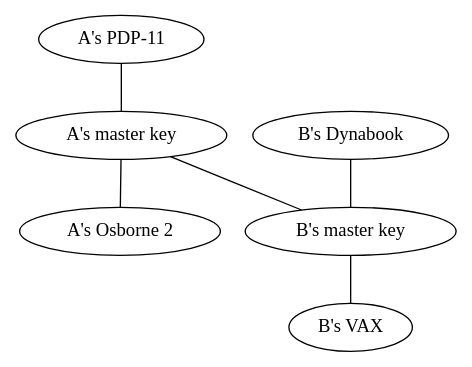
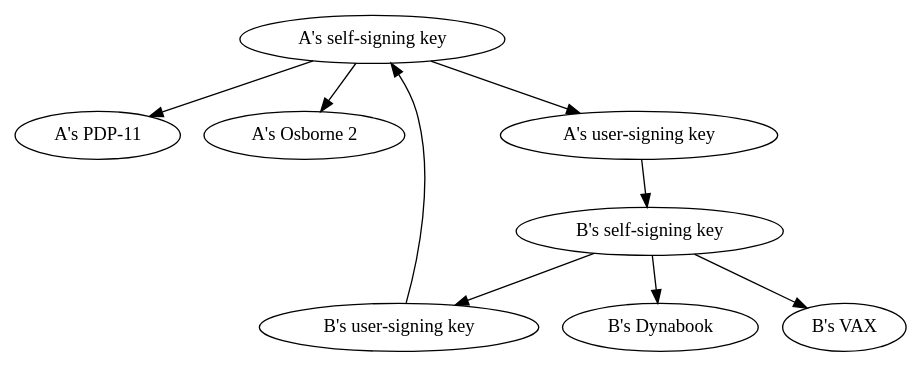
One commit to matrix-org/matrix-spec-proposals changed the diagram in proposals/images/1756-graph2.dot. Above: the diagram before and after it, drawn with Graphviz. The commit also changed 2 other files, not shown here.

Commit message:
update with user-signing and self-signing keys

```diff
--- a/proposals/images/1756-graph2.dot
+++ b/proposals/images/1756-graph2.dot
@@ -1,13 +1,18 @@
-graph {
+digraph {
 A1 [label="A's PDP-11"]
-AM [label="A's master key"]
 A2 [label="A's Osborne 2"]
+AS [label="A's self-signing key"]
+AU [label="A's user-signing key"]
+BU [label="B's user-signing key"]
+BS [label="B's self-signing key"]
 B1 [label="B's Dynabook"]
-BM [label="B's master key"]
 B2 [label="B's VAX"]
-A1 -- AM
-AM -- A2
-AM -- BM
-B1 -- BM
-BM -- B2
+AS -> A1
+AS -> A2
+AS -> AU
+AU -> BS
+BS -> BU
+BU -> AS
+BS -> B1
+BS -> B2
 }
```
